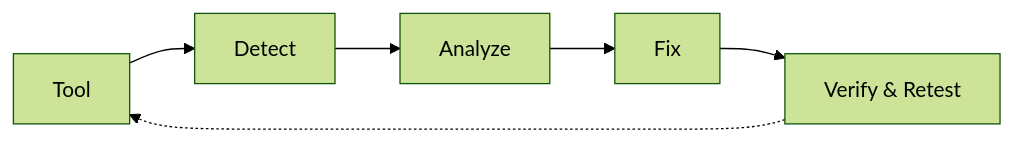
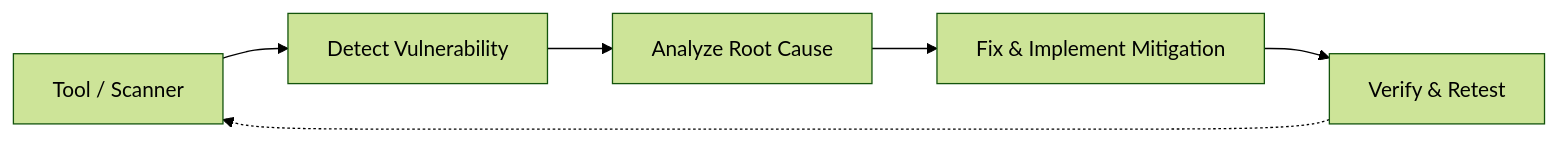
One commit to HIR0NA/ai-pdf-learning-platform changed the diagram in SECURITY_PROGRESS.md. Above: the diagram before and after it, drawn with Mermaid (forest theme). The commit also changed other lines of this file and 9 other files, not shown here.

````diff
--- a/SECURITY_PROGRESS.md
+++ b/SECURITY_PROGRESS.md
@@ -72,8 +101,8 @@
 ```mermaid
 flowchart LR
-    A[Tool] --> B[Detect]
-    B --> C[Analyze]
-    C --> D[Fix]
+    A[Tool / Scanner] --> B[Detect Vulnerability]
+    B --> C[Analyze Root Cause]
+    C --> D[Fix & Implement Mitigation]
     D --> E[Verify & Retest]
     E -.-> A
 ```
````
